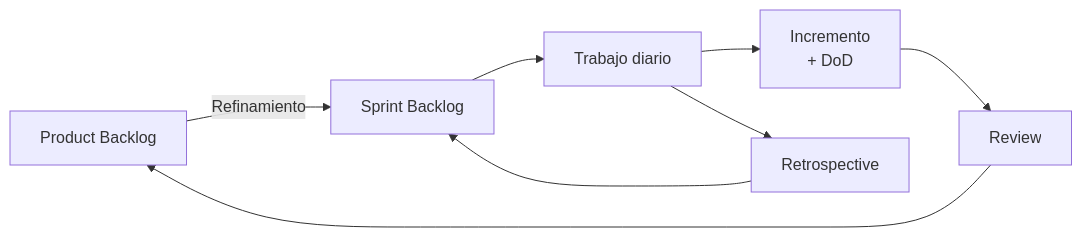
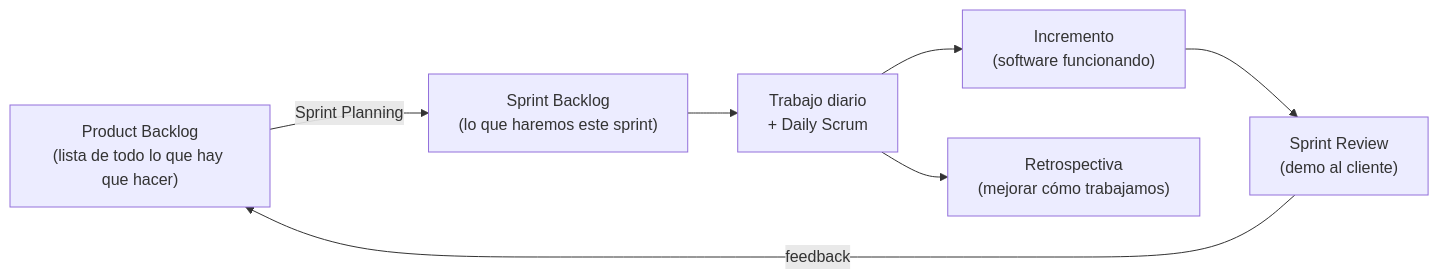
The second of 5 diagrams in docs/tema1/metodologias.md (aitorventura/entornos-de-desarrollo), drawn with Mermaid before and after one commit. The commit also changed other lines of this file and 348 other files, not shown here.

````diff
--- a/docs/tema1/metodologias.md
+++ b/docs/tema1/metodologias.md
@@ -113,9 +116,9 @@
 ```mermaid
 flowchart LR
-  PB[Product Backlog] -- Refinamiento --> SB[Sprint Backlog]
-  SB --> DEV[Trabajo diario]
-  DEV --> INC[Incremento<br/>+ DoD]
-  INC --> REV[Review]
-  REV --> PB
-  DEV --> RETRO[Retrospective] --> SB
+  PB["Product Backlog\n(lista de todo lo que hay que hacer)"] -->|"Sprint Planning"| SB["Sprint Backlog\n(lo que haremos este sprint)"]
+  SB --> DEV["Trabajo diario\n+ Daily Scrum"]
+  DEV --> INC["Incremento\n(software funcionando)"]
+  INC --> REV["Sprint Review\n(demo al cliente)"]
+  REV -->|"feedback"| PB
+  DEV --> RETRO["Retrospectiva\n(mejorar cómo trabajamos)"]
 ```
````
